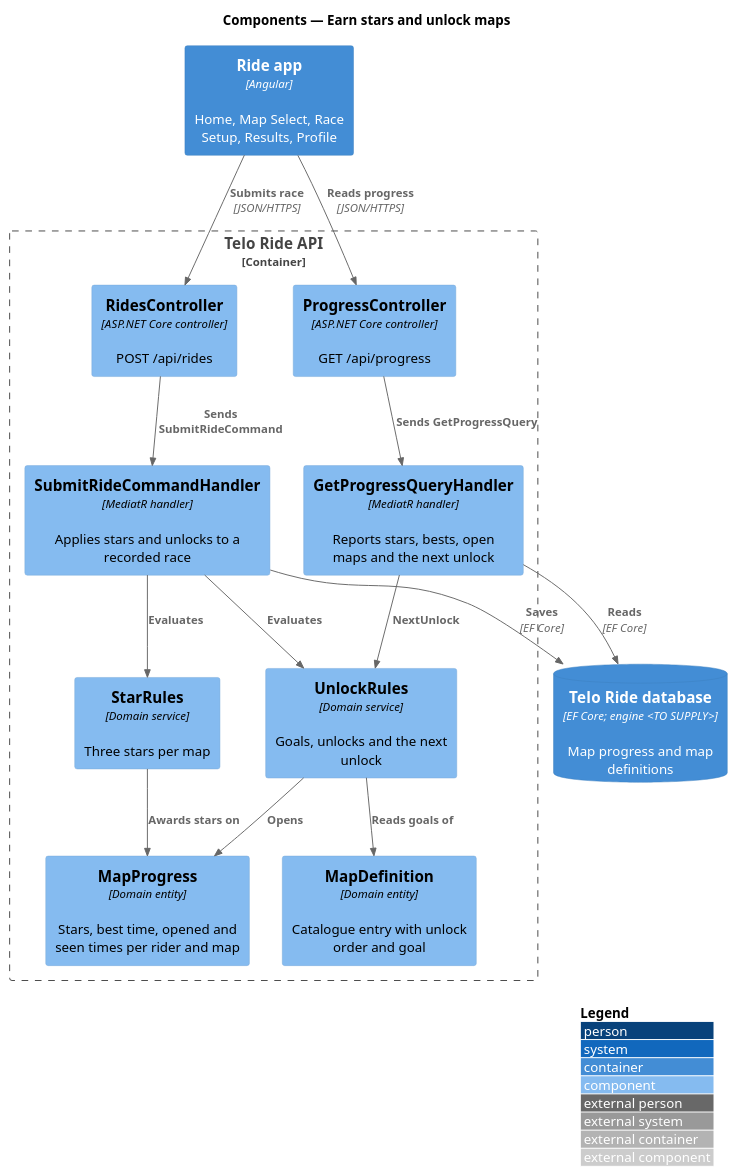
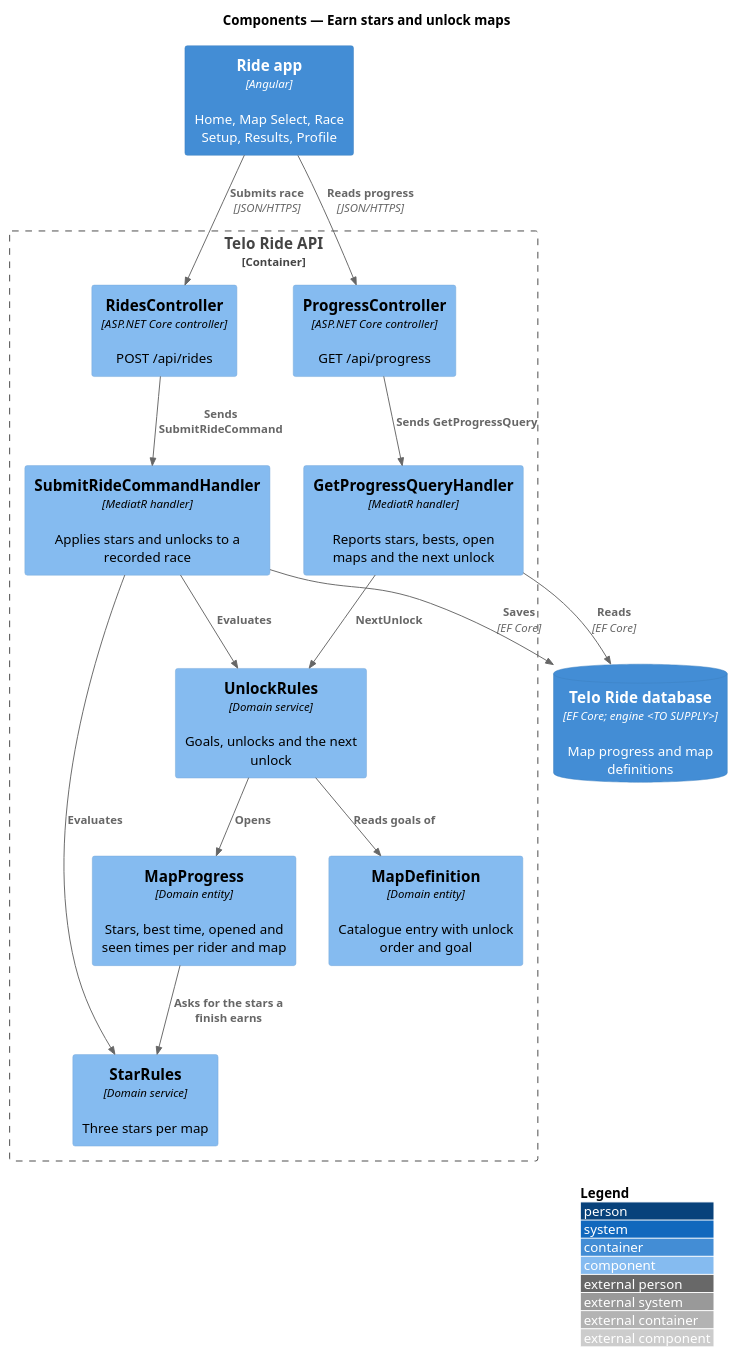
The diagram in docs/detailed-designs/progression/earn-stars-and-unlock-maps/diagrams/c4-component.puml (QuinntyneBrown/ride-one), drawn with PlantUML before and after one commit. The commit also changed 9 other files, not shown here.

```diff
--- a/docs/detailed-designs/progression/earn-stars-and-unlock-maps/diagrams/c4-component.puml
+++ b/docs/detailed-designs/progression/earn-stars-and-unlock-maps/diagrams/c4-component.puml
@@ -1,31 +1,31 @@
 @startuml
 !include <C4/C4_Component>
 LAYOUT_WITH_LEGEND()
 title Components — Earn stars and unlock maps
 
 Container(app, "Ride app", "Angular", "Home, Map Select, Race Setup, Results, Profile")
 Container_Boundary(api, "Telo Ride API") {
   Component(rides, "RidesController", "ASP.NET Core controller", "POST /api/rides")
   Component(progress, "ProgressController", "ASP.NET Core controller", "GET /api/progress")
   Component(submit, "SubmitRideCommandHandler", "MediatR handler", "Applies stars and unlocks to a recorded race")
   Component(query, "GetProgressQueryHandler", "MediatR handler", "Reports stars, bests, open maps and the next unlock")
   Component(stars, "StarRules", "Domain service", "Three stars per map")
   Component(unlocks, "UnlockRules", "Domain service", "Goals, unlocks and the next unlock")
   Component(mp, "MapProgress", "Domain entity", "Stars, best time, opened and seen times per rider and map")
   Component(maps, "MapDefinition", "Domain entity", "Catalogue entry with unlock order and goal")
 }
 ContainerDb(db, "Telo Ride database", "EF Core; engine <TO SUPPLY>", "Map progress and map definitions")
 
 Rel(app, rides, "Submits race", "JSON/HTTPS")
 Rel(app, progress, "Reads progress", "JSON/HTTPS")
 Rel(rides, submit, "Sends SubmitRideCommand")
 Rel(progress, query, "Sends GetProgressQuery")
 Rel(submit, stars, "Evaluates")
 Rel(submit, unlocks, "Evaluates")
 Rel(query, unlocks, "NextUnlock")
-Rel(stars, mp, "Awards stars on")
+Rel(mp, stars, "Asks for the stars a finish earns")
 Rel(unlocks, maps, "Reads goals of")
 Rel(unlocks, mp, "Opens")
 Rel(submit, db, "Saves", "EF Core")
 Rel(query, db, "Reads", "EF Core")
 @enduml
```
